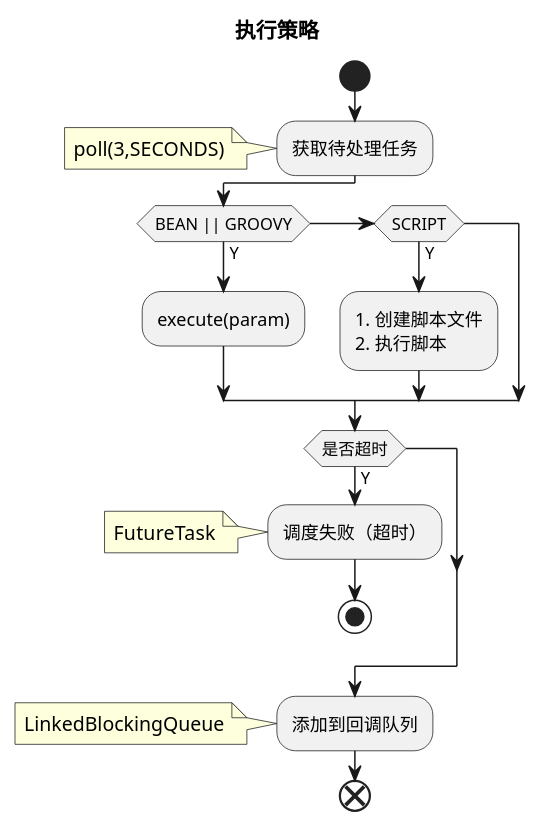
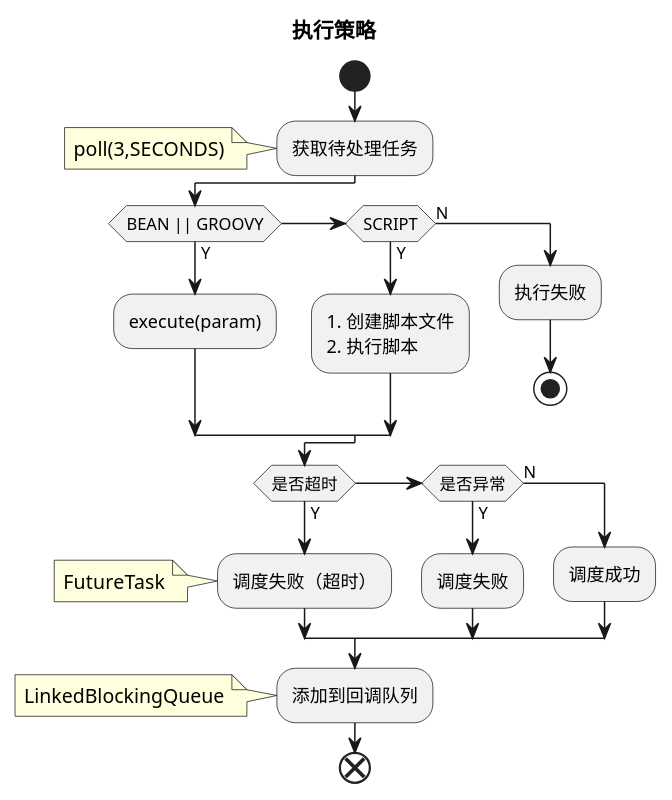
Before and after one commit to Sean-K-Wu/xxl-job: the diagram in doc/uml/sequence/executor/executor-execute.puml, drawn with PlantUML. The commit also changed 9 other files, not shown here.

```diff
--- a/doc/uml/sequence/executor/executor-execute.puml
+++ b/doc/uml/sequence/executor/executor-execute.puml
@@ -1,30 +1,36 @@
 @startuml
 title 执行策略
 
 start
 :获取待处理任务;
 note left
 poll(3,SECONDS)
 end note
 
 if (BEAN || GROOVY) then (Y)
     :execute(param);
 elseif (SCRIPT) then (Y)
     :1. 创建脚本文件\n2. 执行脚本;
+else (N)
+    :执行失败;
+    stop
 endif
 
 if (是否超时) then (Y)
     :调度失败（超时）;
     note left
         FutureTask
     end note
-    stop
+elseif (是否异常) then (Y)
+    :调度失败;
+else (N)
+    :调度成功;
 endif
 
 :添加到回调队列;
 note left
     LinkedBlockingQueue
 end note
 
 end
 @enduml
```
